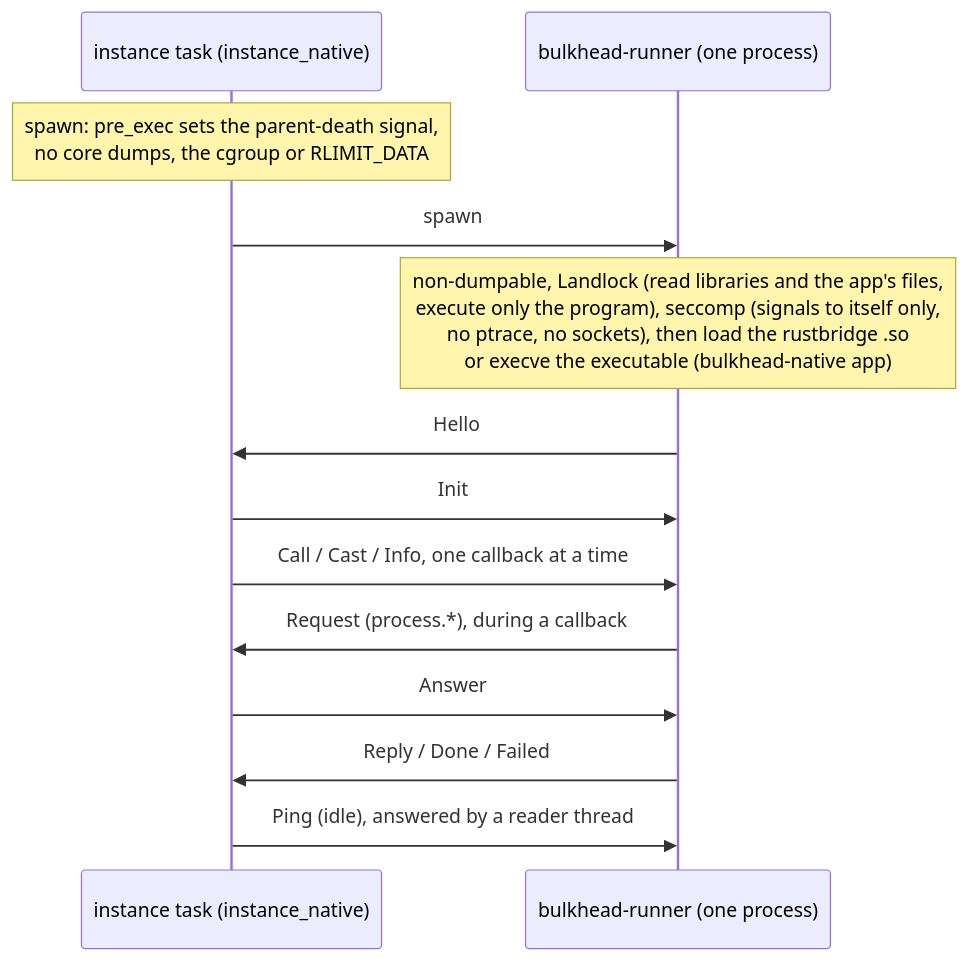
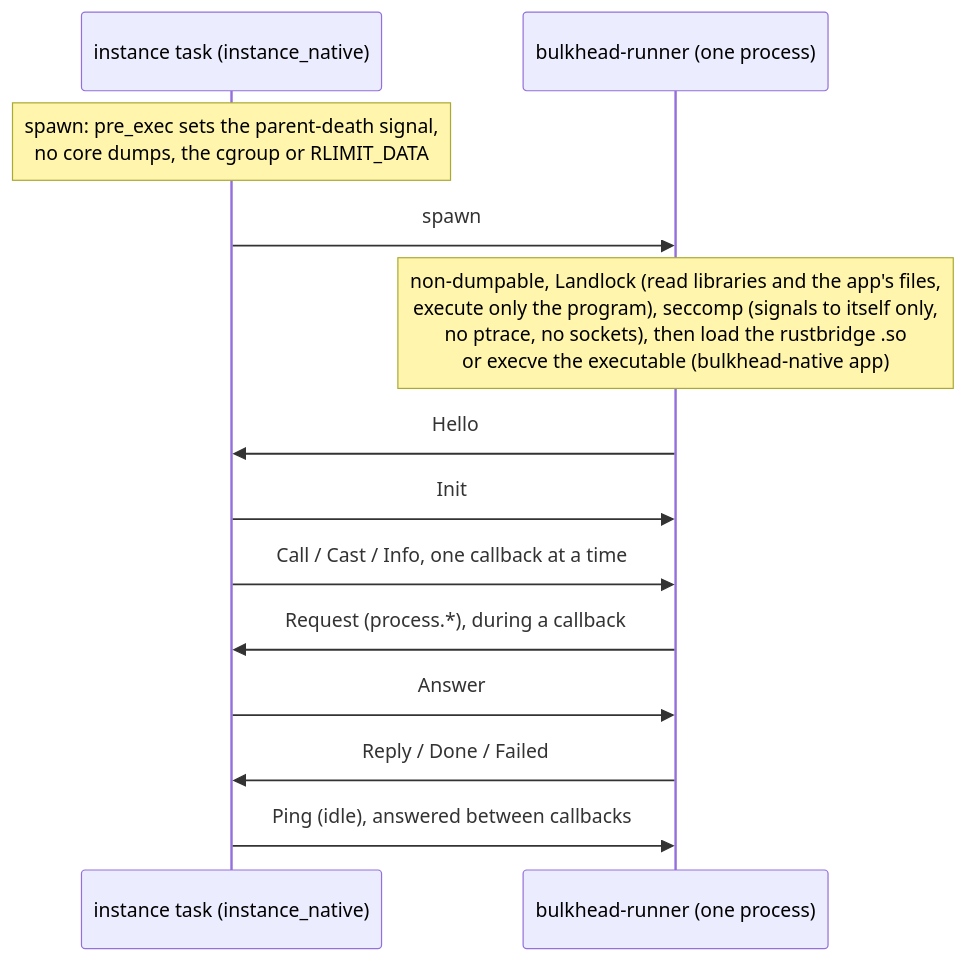
Before and after one commit to jrobhoward/paddock: the third of 6 diagrams in docs/ARCHITECTURE.md, drawn with Mermaid. The commit also changed 15 other files, not shown here.

````diff
--- a/docs/ARCHITECTURE.md
+++ b/docs/ARCHITECTURE.md
@@ -124,15 +124,15 @@
 ```mermaid
 sequenceDiagram
     participant I as instance task (instance_native)
     participant R as bulkhead-runner (one process)
     Note over I: spawn: pre_exec sets the parent-death signal,<br/>no core dumps, the cgroup or RLIMIT_DATA
     I->>R: spawn
     Note over R: non-dumpable, Landlock (read libraries and the app's files,<br/>execute only the program), seccomp (signals to itself only,<br/>no ptrace, no sockets), then load the rustbridge .so<br/>or execve the executable (bulkhead-native app)
     R->>I: Hello
     I->>R: Init
     I->>R: Call / Cast / Info, one callback at a time
     R->>I: Request (process.*), during a callback
     I->>R: Answer
     R->>I: Reply / Done / Failed
-    I->>R: Ping (idle), answered by a reader thread
+    I->>R: Ping (idle), answered between callbacks
 ```
````
